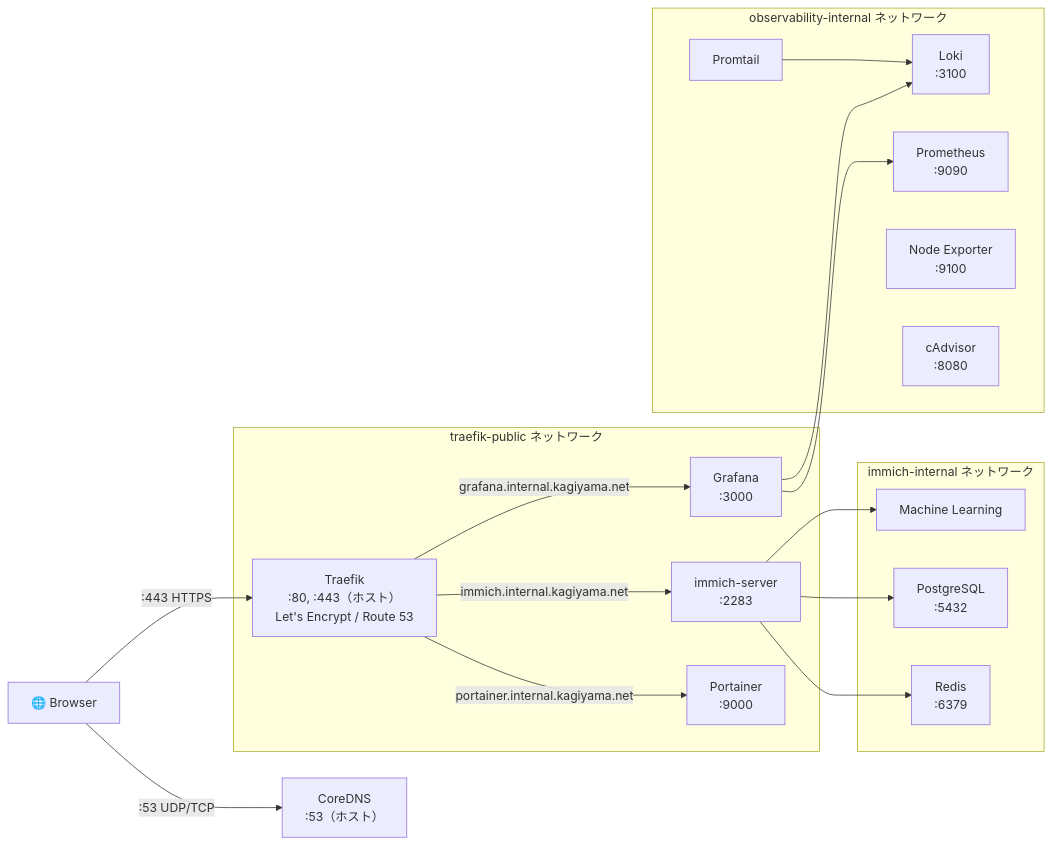
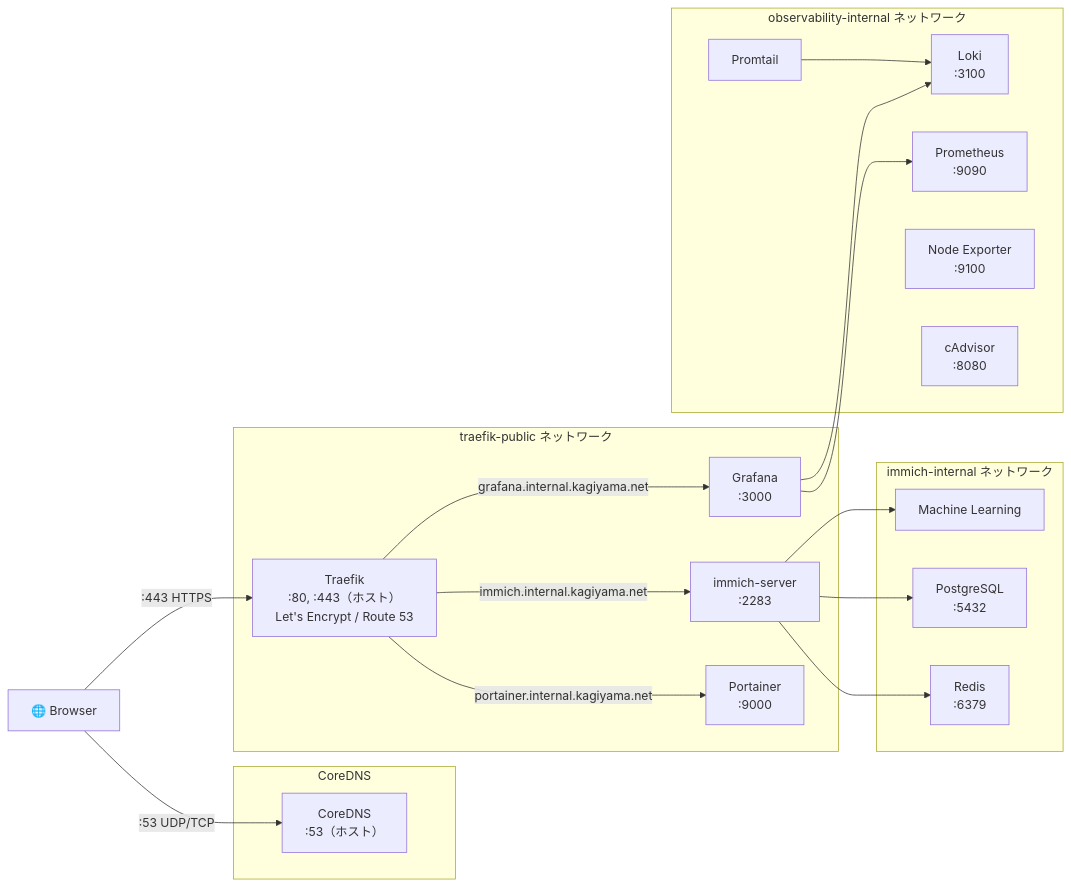
The diagram in README.md (kagiyama-baking/internal.kagiyama.net), drawn with Mermaid before and after one commit.

Commit message:
docs: アーキテクチャ図でCoreDNSをTraefikより上に配置
subgraphの定義順をCoreDNS→traefik-publicに変更し、
上下の並びを制御。

````diff
--- a/README.md
+++ b/README.md
@@ -45,42 +45,46 @@
 ```mermaid
 graph LR
     Browser["🌐 Browser"]
 
-    Browser -->|":53 UDP/TCP"| CoreDNS["CoreDNS<br>:53（ホスト）"]
-    Browser -->|":443 HTTPS"| Traefik
+    subgraph dns ["CoreDNS"]
+        CoreDNS["CoreDNS<br>:53（ホスト）"]
+    end
 
     subgraph traefik-public["traefik-public ネットワーク"]
         Traefik["Traefik<br>:80, :443（ホスト）<br>Let's Encrypt / Route 53"]
         Portainer["Portainer<br>:9000"]
         ImmichServer["immich-server<br>:2283"]
         Grafana["Grafana<br>:3000"]
     end
 
-    Traefik -->|"portainer.internal.kagiyama.net"| Portainer
-    Traefik -->|"immich.internal.kagiyama.net"| ImmichServer
-    Traefik -->|"grafana.internal.kagiyama.net"| Grafana
-
     subgraph immich-internal["immich-internal ネットワーク"]
         ImmichServer
         MachineLearning["Machine Learning"]
         Redis["Redis<br>:6379"]
         Postgres["PostgreSQL<br>:5432"]
     end
-
-    ImmichServer --> Redis
-    ImmichServer --> Postgres
-    ImmichServer --> MachineLearning
 
     subgraph observability-internal["observability-internal ネットワーク"]
         Grafana
         Prometheus["Prometheus<br>:9090"]
         Loki["Loki<br>:3100"]
         Promtail["Promtail"]
         NodeExporter["Node Exporter<br>:9100"]
         cAdvisor["cAdvisor<br>:8080"]
     end
 
+    Browser -->|":53 UDP/TCP"| CoreDNS
+    Browser -->|":443 HTTPS"| Traefik
+
+    Traefik -->|"portainer.internal.kagiyama.net"| Portainer
+    Traefik -->|"immich.internal.kagiyama.net"| ImmichServer
+    Traefik -->|"grafana.internal.kagiyama.net"| Grafana
+
+    ImmichServer --> Redis
+    ImmichServer --> Postgres
+    ImmichServer --> MachineLearning
+
     Grafana --> Prometheus
     Grafana --> Loki
     Promtail --> Loki
 ```
````
